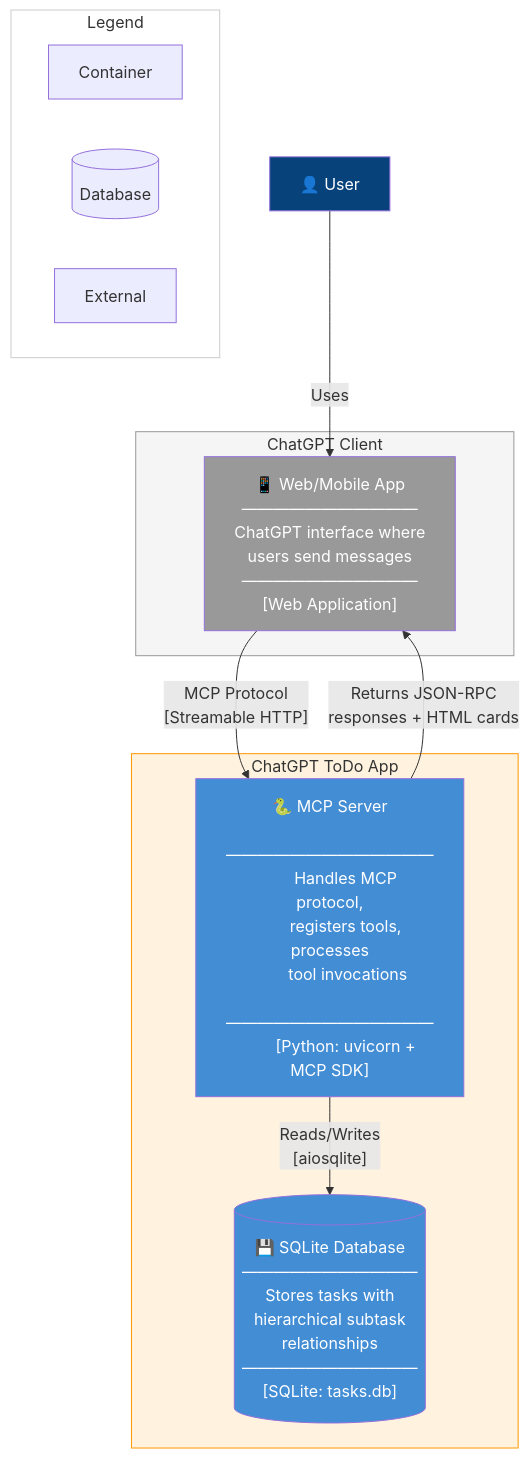
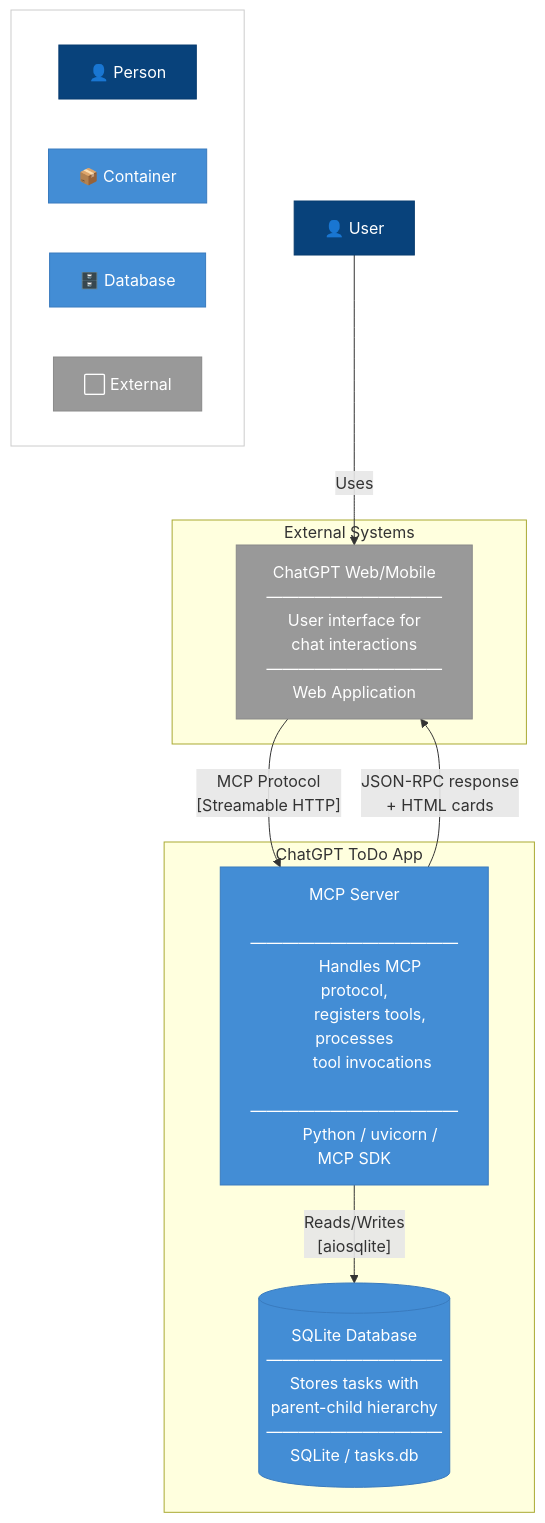
One commit to buildfaster-dev/chatgpt-todo-app changed the second of 6 diagrams in docs/C4-diagrams.md. Above: the diagram before and after it, drawn with Mermaid. The commit also changed other lines of this file, not shown here.

Commit message:
docs(c4): regenerate diagrams with proper styling

````diff
--- a/docs/C4-diagrams.md
+++ b/docs/C4-diagrams.md
@@ -67,54 +75,62 @@
 ```mermaid
 flowchart TB
-    subgraph legend[Legend]
+    classDef person fill:#08427B,stroke:#073B6F,color:#FFFFFF
+    classDef external fill:#999999,stroke:#8A8A8A,color:#FFFFFF
+    classDef container fill:#438DD5,stroke:#3A7BBE,color:#FFFFFF
+    classDef database fill:#438DD5,stroke:#3A7BBE,color:#FFFFFF
+    classDef legendBox fill:#FFFFFF,stroke:#CCCCCC,color:#000000
+
+    subgraph Legend[" "]
         direction LR
-        cont[Container]
-        db[(Database)]
-        ext[External]
+        L1["👤 Person"]
+        L2["📦 Container"]
+        L3["🗄️ Database"]
+        L4["⬜ External"]
     end
 
     User["👤 User"]
     
-    subgraph ChatGPTClient["ChatGPT Client"]
-        WebApp["📱 Web/Mobile App
+    subgraph ExtBoundary["External Systems"]
+        WebApp["ChatGPT Web/Mobile
         ―――――――――――
-        ChatGPT interface where
-        users send messages
+        User interface for
+        chat interactions
         ―――――――――――
-        [Web Application]"]
+        Web Application"]
     end
 
-    subgraph TodoSystem["ChatGPT ToDo App"]
-        MCPServer["🐍 MCP Server
+    subgraph SystemBoundary["ChatGPT ToDo App"]
+        MCPServer["MCP Server
         ―――――――――――――
         Handles MCP protocol,
         registers tools, processes
         tool invocations
         ―――――――――――――
-        [Python: uvicorn + MCP SDK]"]
+        Python / uvicorn / MCP SDK"]
         
-        SQLite[("💾 SQLite Database
+        SQLite[("SQLite Database
         ―――――――――――
         Stores tasks with
-        hierarchical subtask
-        relationships
+        parent-child hierarchy
         ―――――――――――
-        [SQLite: tasks.db]")]
+        SQLite / tasks.db")]
     end
 
     User -->|"Uses"| WebApp
     WebApp -->|"MCP Protocol
     [Streamable HTTP]"| MCPServer
     MCPServer -->|"Reads/Writes
     [aiosqlite]"| SQLite
-    MCPServer -->|"Returns JSON-RPC
-    responses + HTML cards"| WebApp
+    MCPServer -->|"JSON-RPC response
+    + HTML cards"| WebApp
 
-    style User fill:#08427B,color:#fff
-    style WebApp fill:#999999,color:#fff
-    style MCPServer fill:#438DD5,color:#fff
-    style SQLite fill:#438DD5,color:#fff
-    style ChatGPTClient fill:#f5f5f5,stroke:#999
-    style TodoSystem fill:#fff3e0,stroke:#ff9800
-    style legend fill:#fff,stroke:#ccc
+    class User person
+    class WebApp external
+    class MCPServer container
+    class SQLite database
+    class L1 person
+    class L2 container
+    class L3 database
+    class L4 external
+    class Legend legendBox
 ```
````
